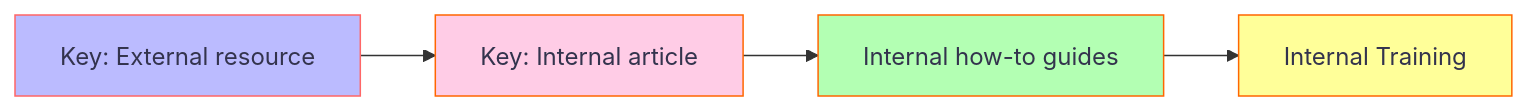
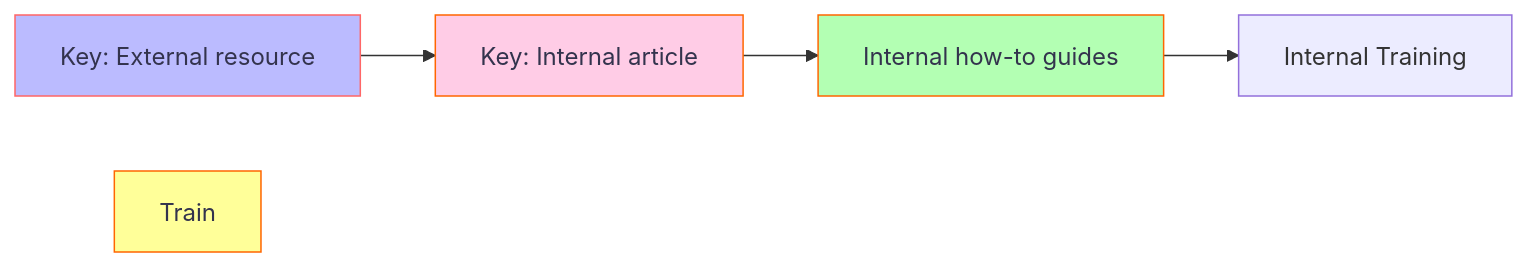
The first of 2 diagrams in docs/index.md (ICR-SC/good-practice), drawn with Mermaid before and after one commit. The commit also changed other lines of this file, not shown here.

Commit message:
Some colors

````diff
--- a/docs/index.md
+++ b/docs/index.md
@@ -5,10 +5,10 @@
 ``` mermaid
 graph LR
-  K1[Key: External resource]  --> K2[Key: Internal article];
-  K2 --> K3[Internal how-to guides];
-  K3 --> K4[Internal Training];
-  style K1 fill:#bbf,stroke:#f66,stroke-width:1px,color:#33334d
-  style K2 fill:#ffcce6,stroke:#ff6600,stroke-width:1px,color:#33334d
-  style K3 fill:#b3ffb3,stroke:#ff6600,stroke-width:1px,color:#33334d
-  style K4 fill:#ffff99,stroke:#ff6600,stroke-width:1px,color:#33334d
+  EX[Key: External resource]  --> IN[Key: Internal article];
+  IN --> HOW[Internal how-to guides];
+  HOW --> TRAIN[Internal Training];
+  style EX fill:#bbf,stroke:#f66,stroke-width:1px,color:#33334d
+  style IN fill:#ffcce6,stroke:#ff6600,stroke-width:1px,color:#33334d
+  style HOW fill:#b3ffb3,stroke:#ff6600,stroke-width:1px,color:#33334d
+  style Train fill:#ffff99,stroke:#ff6600,stroke-width:1px,color:#33334d
 ```
````
